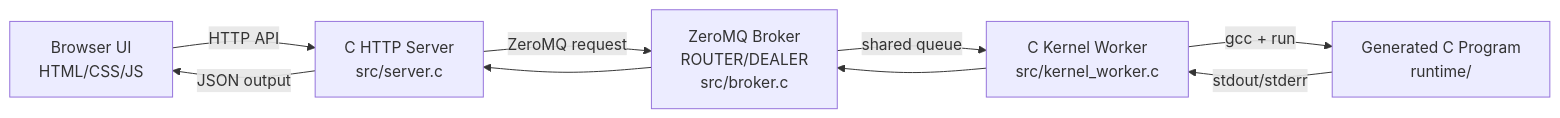
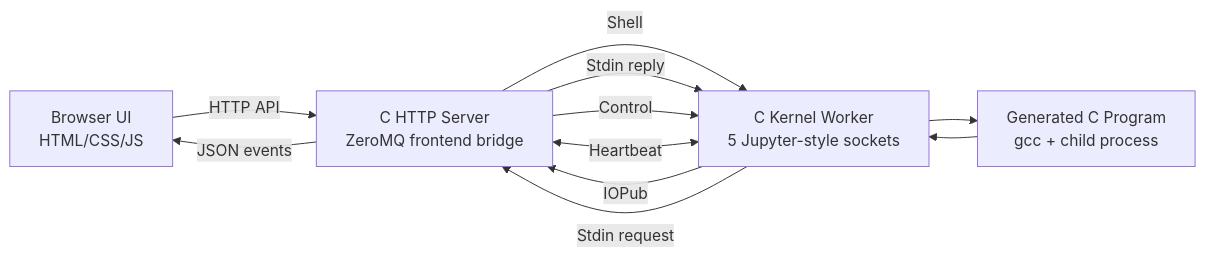
One commit to Andrew53O/zemomq-c-notebook changed the second of 15 diagrams in presentation/PRESENTATION_SLIDES.md. Above: the diagram before and after it, drawn with Mermaid. The commit also changed other lines of this file and 1 other file, not shown here.

Commit message:
docs: rebuild presentation for jupyter channels

````diff
--- a/presentation/PRESENTATION_SLIDES.md
+++ b/presentation/PRESENTATION_SLIDES.md
@@ -170,11 +83,18 @@
 ```mermaid
 flowchart LR
-    Browser["Browser UI<br/>HTML/CSS/JS"] -->|HTTP API| Server["C HTTP Server<br/>src/server.c"]
-    Server -->|ZeroMQ request| Broker["ZeroMQ Broker<br/>ROUTER/DEALER<br/>src/broker.c"]
-    Broker -->|shared queue| Worker["C Kernel Worker<br/>src/kernel_worker.c"]
-    Worker -->|gcc + run| Runtime["Generated C Program<br/>runtime/"]
-    Runtime -->|stdout/stderr| Worker
-    Worker --> Broker
-    Broker --> Server
-    Server -->|JSON output| Browser
+    Browser["Browser UI<br/>HTML/CSS/JS"]
+    Server["C HTTP Server<br/>ZeroMQ frontend bridge"]
+    Kernel["C Kernel Worker<br/>5 Jupyter-style sockets"]
+    Runtime["Generated C Program<br/>gcc + child process"]
+
+    Browser -->|HTTP API| Server
+    Server -->|Shell| Kernel
+    Kernel -->|IOPub| Server
+    Kernel -->|Stdin request| Server
+    Server -->|Stdin reply| Kernel
+    Server -->|Control| Kernel
+    Server <-->|Heartbeat| Kernel
+    Kernel --> Runtime
+    Runtime --> Kernel
+    Server -->|JSON events| Browser
 ```
````
